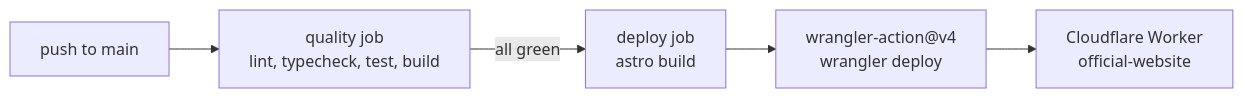
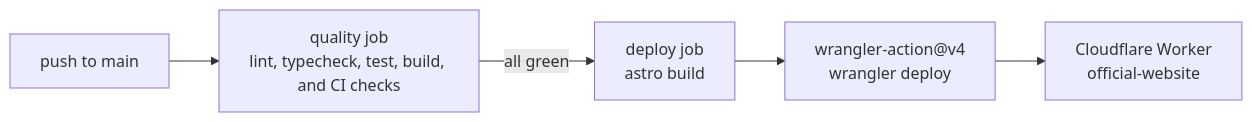
Before and after one commit to stbensonimoh/official-website: the diagram in docs/deployment.md, drawn with Mermaid. The commit also changed other lines of this file and 9 other files, not shown here.

````diff
--- a/docs/deployment.md
+++ b/docs/deployment.md
@@ -30,7 +30,7 @@
 ```mermaid
 flowchart LR
-    A["push to main"] --> B["quality job<br/>lint, typecheck, test, build"]
+    A["push to main"] --> B["quality job<br/>lint, typecheck, test, build, and CI checks"]
     B -->|"all green"| C["deploy job<br/>astro build"]
     C --> D["wrangler-action@v4<br/>wrangler deploy"]
     D --> E["Cloudflare Worker<br/>official-website"]
 ```
````
